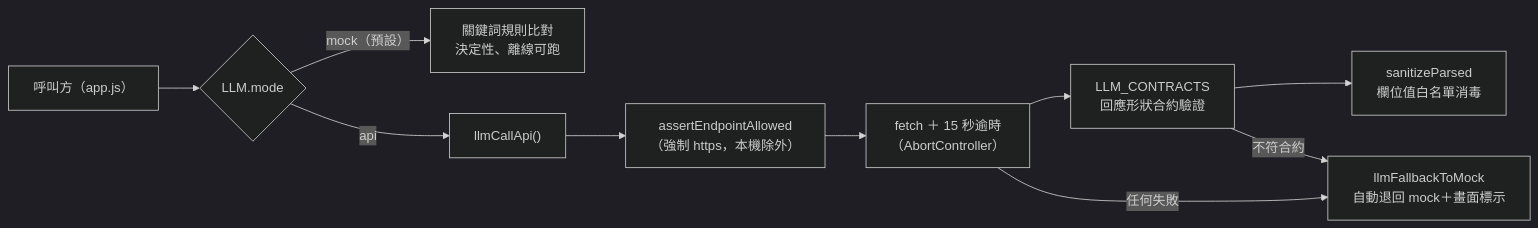
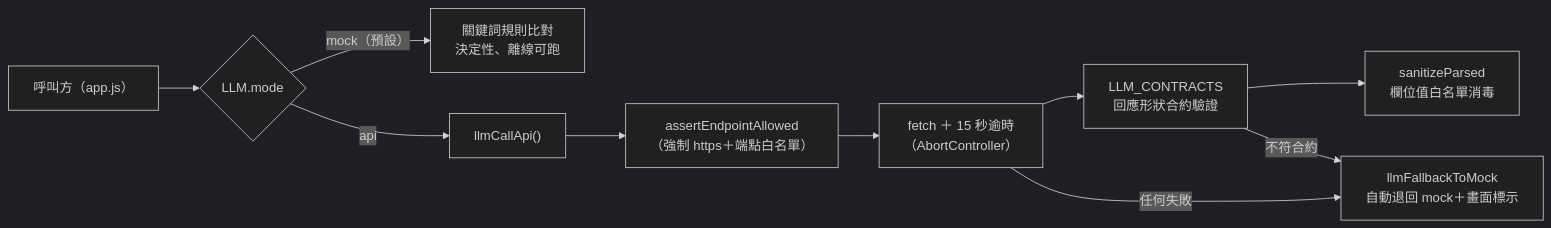
The fourth of 6 diagrams in docs/ARCHITECTURE.md (bobyu89/nursing-agent), drawn with Mermaid (dark theme) before and after one commit. The commit also changed other lines of this file and 2 other files, not shown here.

````diff
--- a/docs/ARCHITECTURE.md
+++ b/docs/ARCHITECTURE.md
@@ -169,12 +202,12 @@
 ```mermaid
 flowchart LR
     A["呼叫方（app.js）"] --> B{"LLM.mode"}
     B -->|mock（預設）| C["關鍵詞規則比對<br/>決定性、離線可跑"]
     B -->|api| D["llmCallApi()"]
-    D --> E["assertEndpointAllowed<br/>（強制 https，本機除外）"]
+    D --> E["assertEndpointAllowed<br/>（強制 https＋端點白名單）"]
     E --> F["fetch ＋ 15 秒逾時<br/>（AbortController）"]
     F --> G["LLM_CONTRACTS<br/>回應形狀合約驗證"]
     G --> H["sanitizeParsed<br/>欄位值白名單消毒"]
     F -->|任何失敗| I["llmFallbackToMock<br/>自動退回 mock＋畫面標示"]
     G -->|不符合約| I
 ```
````
